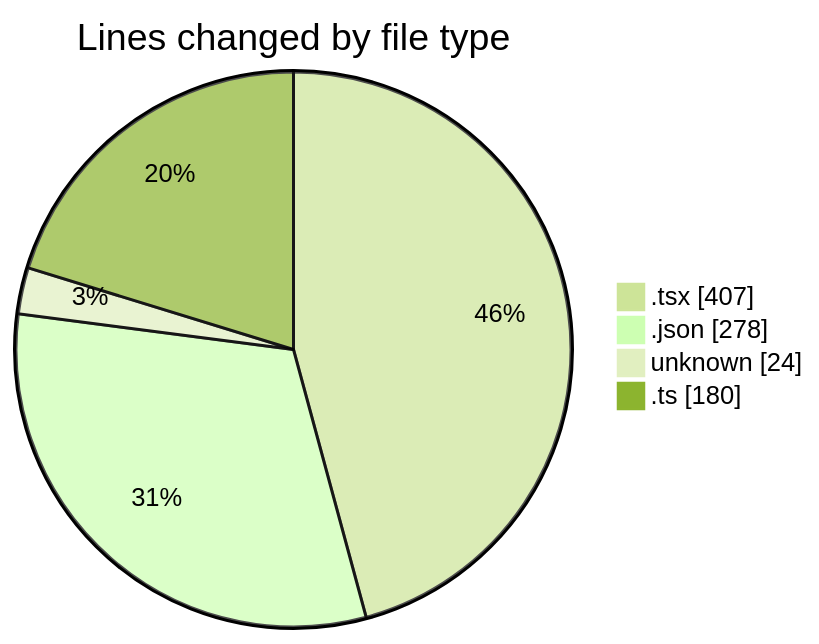
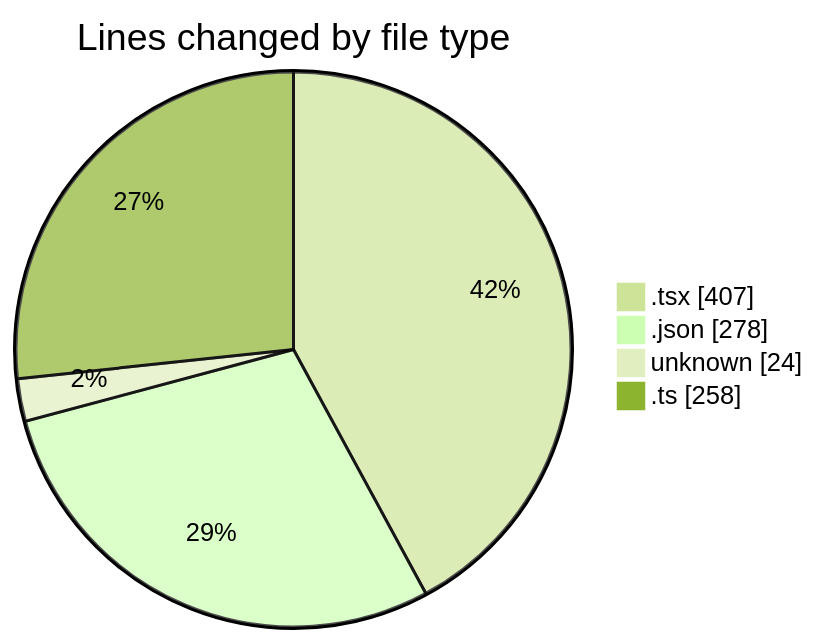
Before and after one commit to EIIisD/code-tracking: the first of 2 diagrams in 2025-08-04/ribbon/README.md, drawn with Mermaid (forest theme). The commit also changed other lines of this file and 1 other file, not shown here.

````diff
--- a/2025-08-04/ribbon/README.md
+++ b/2025-08-04/ribbon/README.md
@@ -27,8 +28,8 @@
 ```mermaid
 pie showData
 title Lines changed by file type
 ".tsx" : 407
 ".json" : 278
 "unknown" : 24
-".ts" : 180
+".ts" : 258
 ```
````
